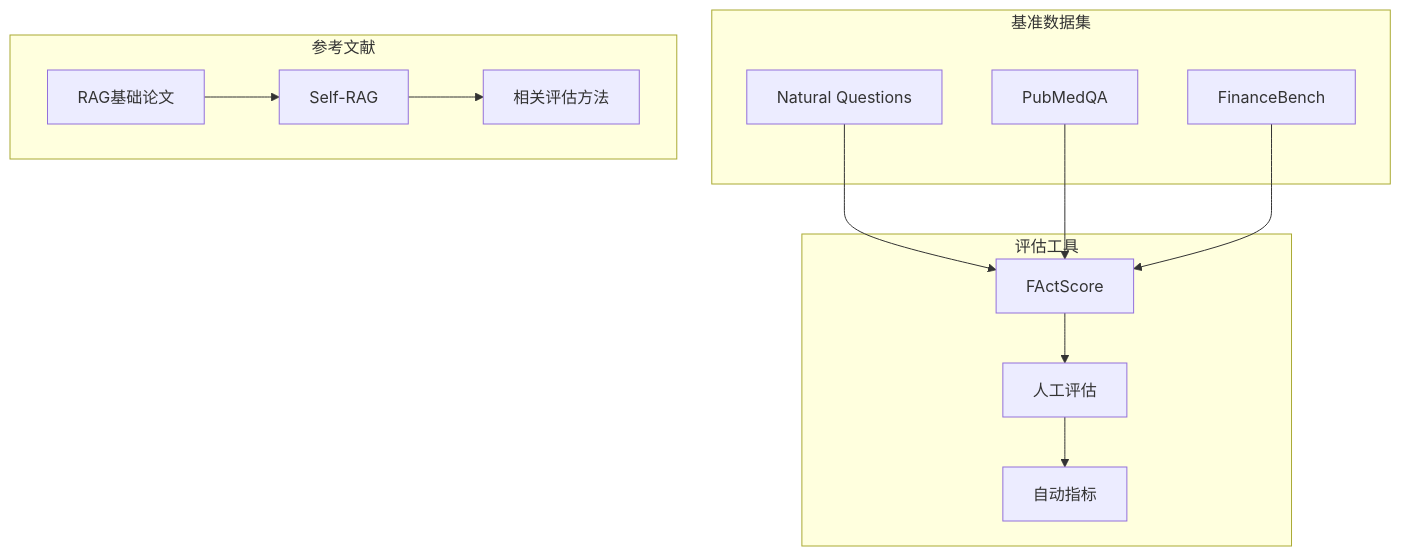
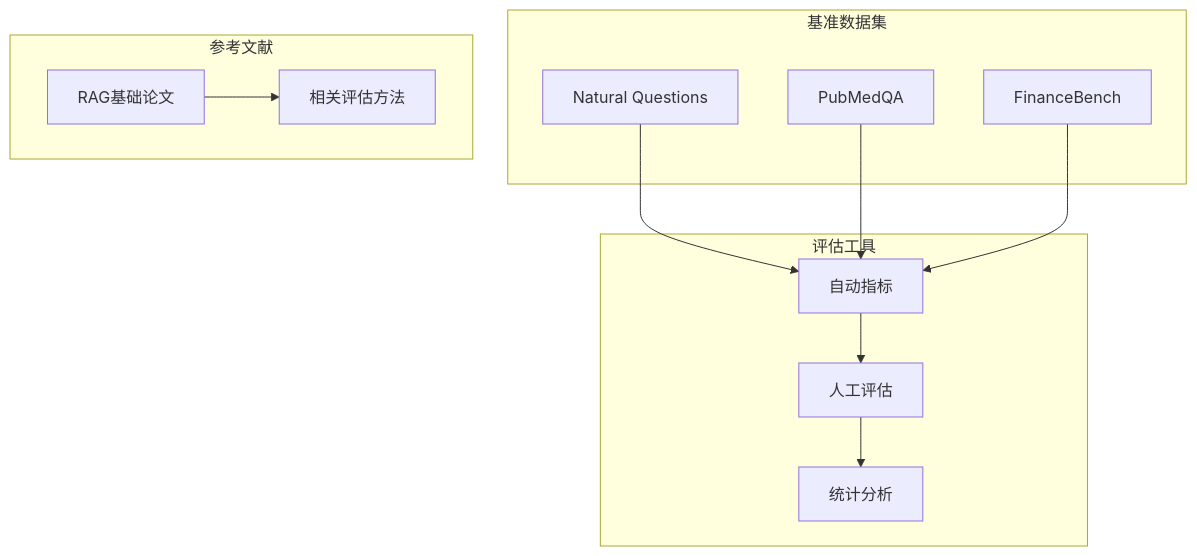
The sixth of 7 diagrams in .qoder/repowiki/zh/content/实验设计与方法.md (kitee0918/-nlp-rag-project), drawn with Mermaid before and after one commit. The commit also changed other lines of this file and 9 other files, not shown here.

````diff
--- a/.qoder/repowiki/zh/content/实验设计与方法.md
+++ b/.qoder/repowiki/zh/content/实验设计与方法.md
@@ -228,25 +207,23 @@
 ```mermaid
 graph TB
 subgraph "基准数据集"
 A[Natural Questions]
 B[PubMedQA]
 C[FinanceBench]
 end
 subgraph "评估工具"
-D[FActScore]
+D[自动指标]
 E[人工评估]
-F[自动指标]
+F[统计分析]
 end
 subgraph "参考文献"
 G[RAG基础论文]
-H[Self-RAG]
-I[相关评估方法]
+H[相关评估方法]
 end
 A --> D
 B --> D
 C --> D
 D --> E
 E --> F
 G --> H
-H --> I
 ```
````
